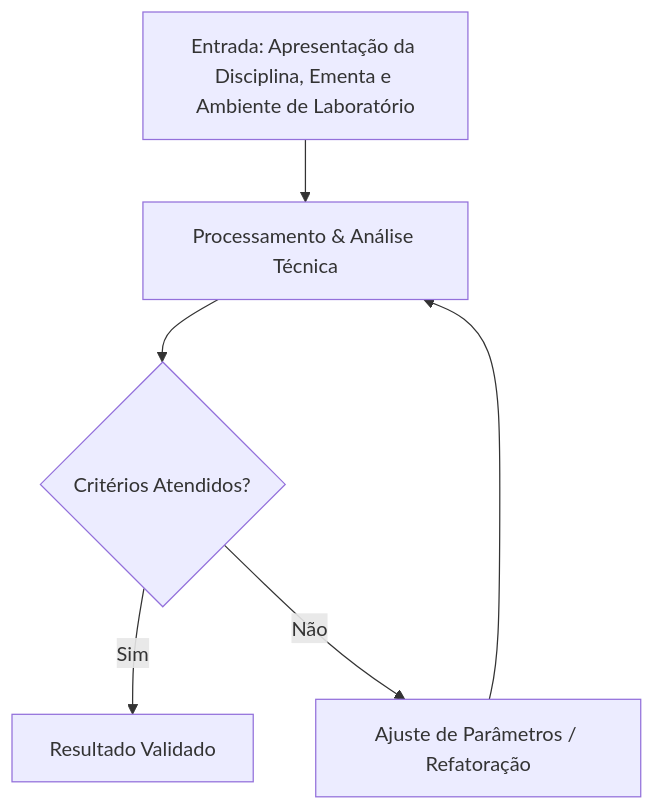
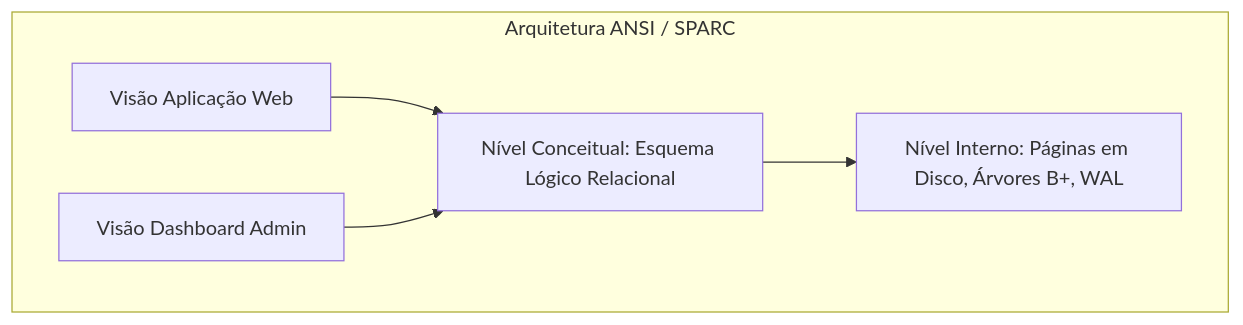
Before and after one commit to pedroiff0/page: the diagram in content/pt-br/resource/Engenharia de Computação/6-periodo/banco-de-dados/anotacoes/aula-00-apresentacao-da-disciplina-ementa-e-ambiente-de-laboratorio.md, drawn with Mermaid. The commit also changed other lines of this file and 826 other files, not shown here.

````diff
--- a/content/pt-br/resource/Engenharia de Computação/6-periodo/banco-de-dados/anotacoes/aula-00-apresentacao-da-disciplina-ementa-e-ambiente-de-laboratorio.md
+++ b/content/pt-br/resource/Engenharia de Computação/6-periodo/banco-de-dados/anotacoes/aula-00-apresentacao-da-disciplina-ementa-e-ambiente-de-laboratorio.md
@@ -74,8 +93,7 @@
 ```mermaid
 flowchart TD
-    A[Entrada: Apresentação da Disciplina, Ementa e Ambiente de Laboratório] --> B[Processamento & Análise Técnica]
-    B --> C{Critérios Atendidos?}
-    C -- Sim --> D[Resultado Validado]
-    C -- Não --> E[Ajuste de Parâmetros / Refatoração]
-    E --> B
+    subgraph ANSI_SPARC [Arquitetura ANSI / SPARC]
+        U1[Visão Aplicação Web] & U2[Visão Dashboard Admin] --> C[Nível Conceitual: Esquema Lógico Relacional]
+        C --> I[Nível Interno: Páginas em Disco, Árvores B+, WAL]
+    end
 ```
````
